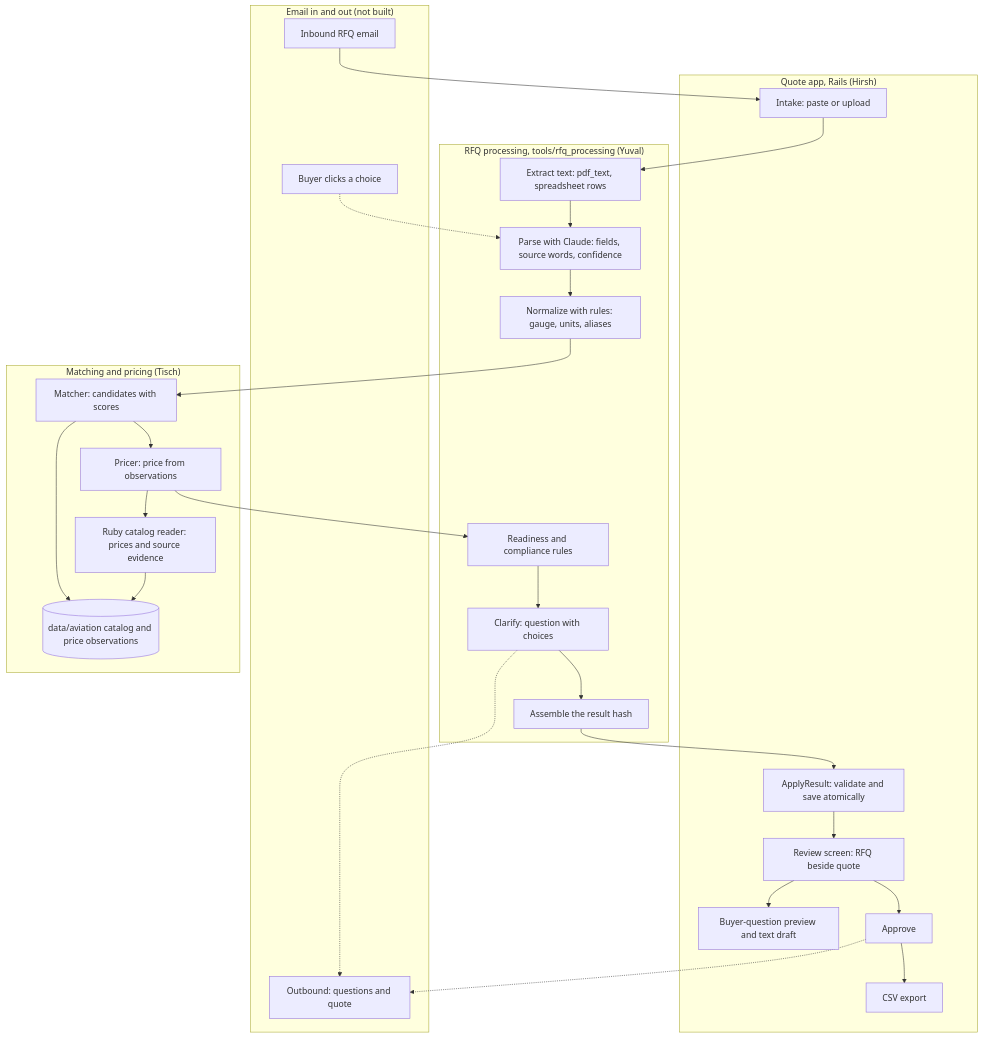
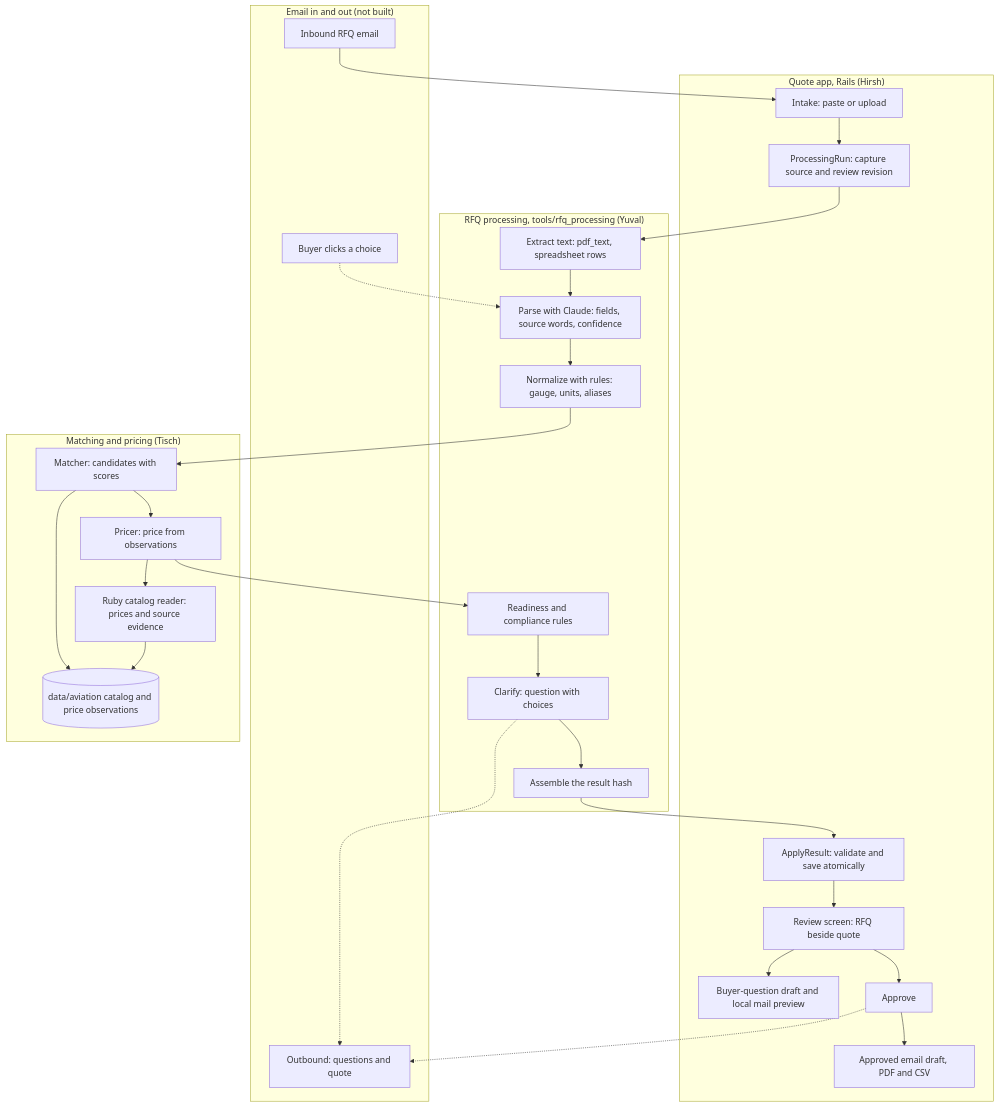
One commit to kenxle/columbia-startup-lab-get-hired-hack changed the diagram in docs/ARCHITECTURE.md. Above: the diagram before and after it, drawn with Mermaid. The commit also changed other lines of this file and 77 other files, not shown here.

````diff
--- a/docs/ARCHITECTURE.md
+++ b/docs/ARCHITECTURE.md
@@ -20,42 +20,43 @@
 ```mermaid
 flowchart TD
     subgraph EMAIL["Email in and out (not built)"]
         IN["Inbound RFQ email"]
         OUT["Outbound: questions and quote"]
         CLICK["Buyer clicks a choice"]
     end
     subgraph APP["Quote app, Rails (Hirsh)"]
         INTAKE["Intake: paste or upload"]
+        RUN["ProcessingRun: capture source and review revision"]
         APPLY["ApplyResult: validate and save atomically"]
         REVIEW["Review screen: RFQ beside quote"]
-        QUESTIONS["Buyer-question preview and text draft"]
+        QUESTIONS["Buyer-question draft and local mail preview"]
         APPROVE["Approve"]
-        EXPORT["CSV export"]
+        EXPORT["Approved email draft, PDF and CSV"]
     end
     subgraph PROC["RFQ processing, tools/rfq_processing (Yuval)"]
         EXTRACT["Extract text: pdf_text, spreadsheet rows"]
         PARSE["Parse with Claude: fields, source words, confidence"]
         NORM["Normalize with rules: gauge, units, aliases"]
         READY["Readiness and compliance rules"]
         CLARIFY["Clarify: question with choices"]
         ASSEMBLE["Assemble the result hash"]
     end
     subgraph MATCH["Matching and pricing (Tisch)"]
         MATCHER["Matcher: candidates with scores"]
         PRICER["Pricer: price from observations"]
         READER["Ruby catalog reader: prices and source evidence"]
         CATALOG[("data/aviation catalog and price observations")]
     end
     IN --> INTAKE
-    INTAKE --> EXTRACT
+    INTAKE --> RUN --> EXTRACT
     EXTRACT --> PARSE --> NORM --> MATCHER
     MATCHER --> CATALOG
     PRICER --> READER --> CATALOG
     MATCHER --> PRICER --> READY
     READY --> CLARIFY --> ASSEMBLE --> APPLY
     APPLY --> REVIEW --> APPROVE --> EXPORT
     REVIEW --> QUESTIONS
     CLARIFY -.-> OUT
     CLICK -.-> PARSE
     APPROVE -.-> OUT
 ```
````
